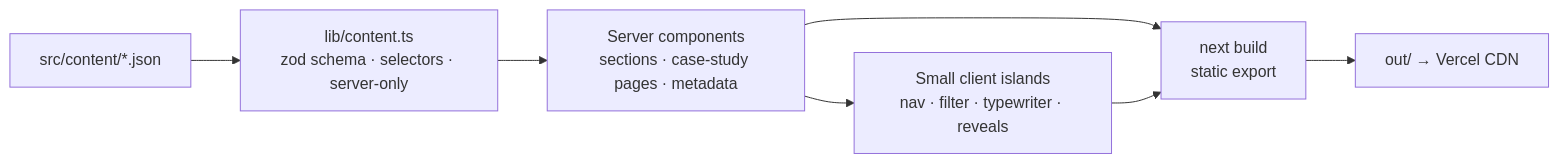
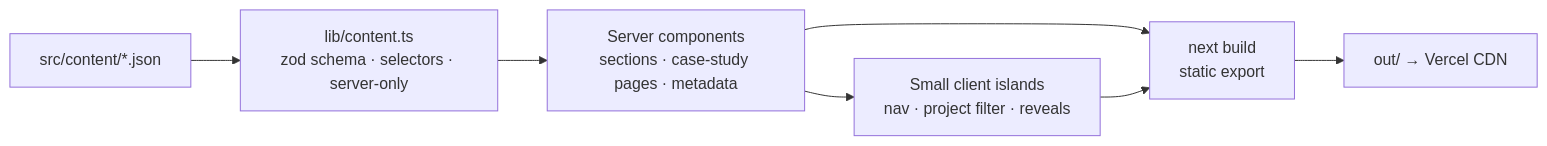
Before and after one commit to Bv2124/Portfolio: the diagram in README.md, drawn with Mermaid. The commit also changed other lines of this file and 10 other files, not shown here.

````diff
--- a/README.md
+++ b/README.md
@@ -49,9 +57,9 @@
 ```mermaid
 flowchart LR
   A["src/content/*.json"] --> B["lib/content.ts<br/>zod schema · selectors · server-only"]
   B --> C["Server components<br/>sections · case-study pages · metadata"]
-  C --> D["Small client islands<br/>nav · filter · typewriter · reveals"]
+  C --> D["Small client islands<br/>nav · project filter · reveals"]
   C --> E["next build<br/>static export"]
   D --> E
   E --> F["out/ → Vercel CDN"]
 ```
````
